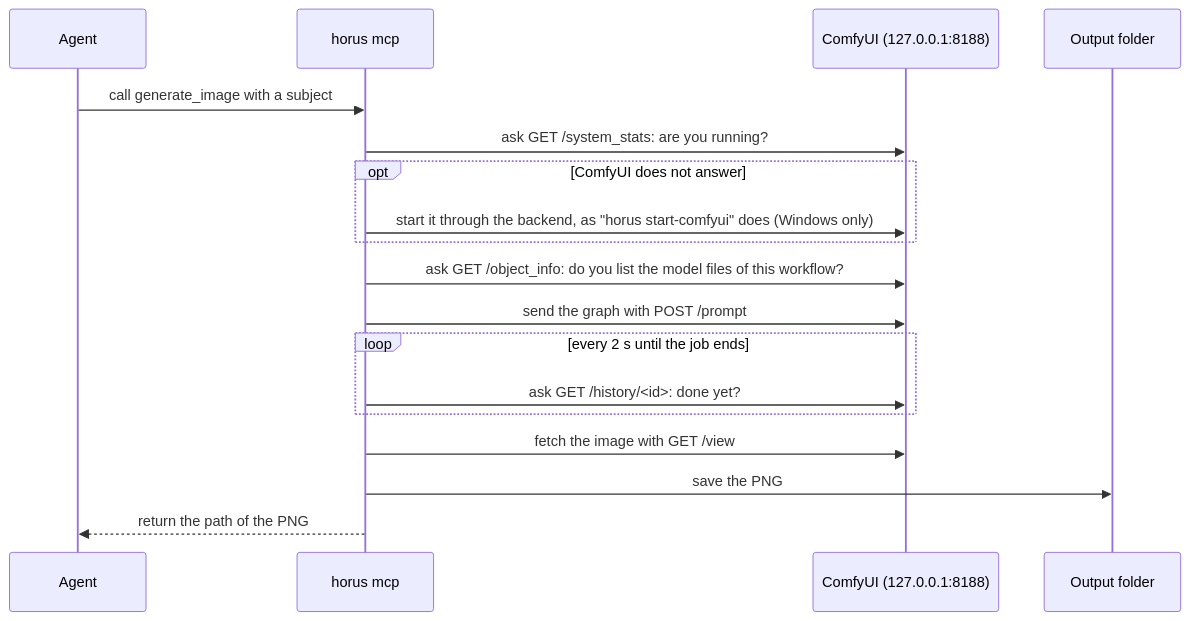
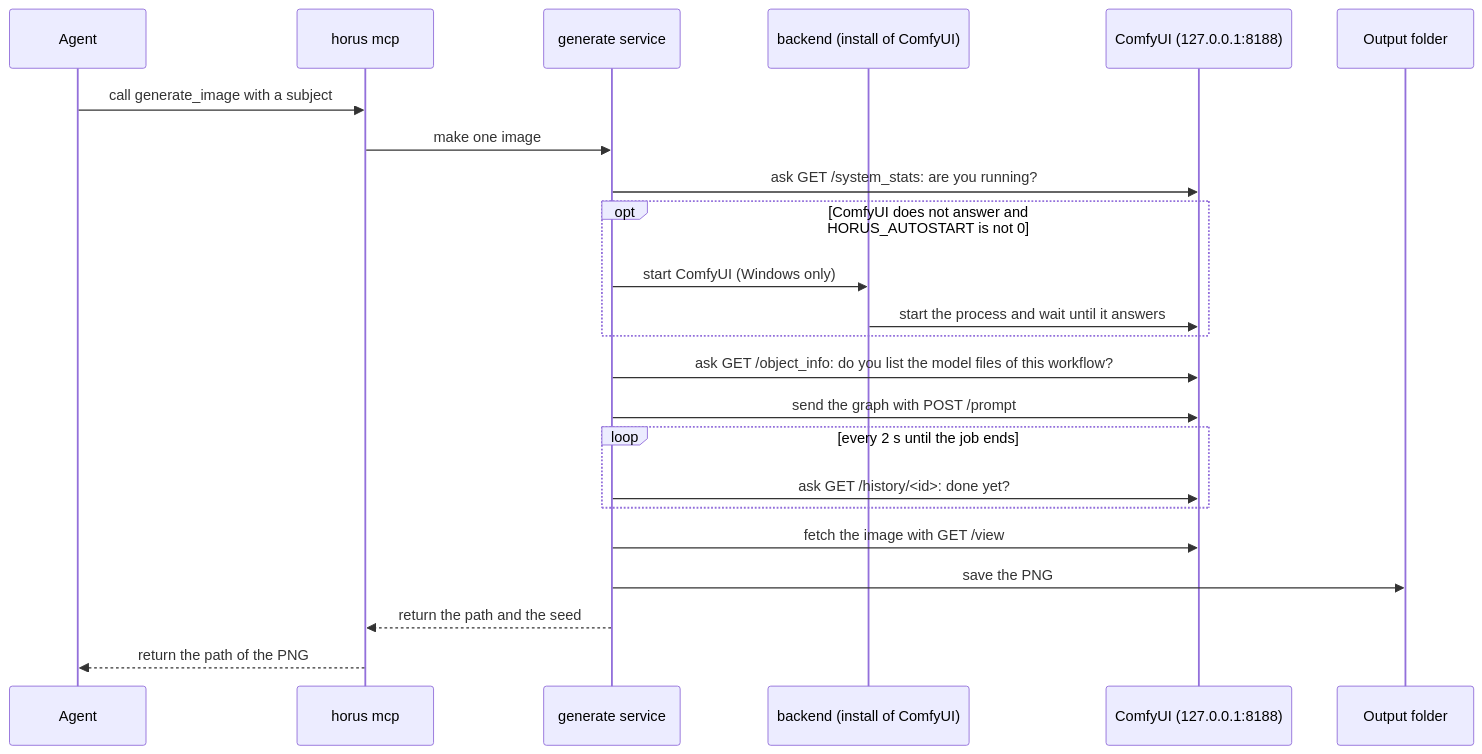
One commit to hieplam/horus changed the third of 3 diagrams in docs/mcp.md. Above: the diagram before and after it, drawn with Mermaid. The commit also changed other lines of this file and 7 other files, not shown here.

````diff
--- a/docs/mcp.md
+++ b/docs/mcp.md
@@ -64,20 +83,25 @@
 ```mermaid
 sequenceDiagram
   participant A as Agent
   participant S as horus mcp
+  participant G as generate service
+  participant B as backend (install of ComfyUI)
   participant C as ComfyUI (127.0.0.1:8188)
   participant F as Output folder
   A->>S: call generate_image with a subject
-  S->>C: ask GET /system_stats: are you running?
-  opt ComfyUI does not answer
-    S->>C: start it through the backend, as "horus start-comfyui" does (Windows only)
+  S->>G: make one image
+  G->>C: ask GET /system_stats: are you running?
+  opt ComfyUI does not answer and HORUS_AUTOSTART is not 0
+    G->>B: start ComfyUI (Windows only)
+    B->>C: start the process and wait until it answers
   end
-  S->>C: ask GET /object_info: do you list the model files of this workflow?
-  S->>C: send the graph with POST /prompt
+  G->>C: ask GET /object_info: do you list the model files of this workflow?
+  G->>C: send the graph with POST /prompt
   loop every 2 s until the job ends
-    S->>C: ask GET /history/<id>: done yet?
+    G->>C: ask GET /history/<id>: done yet?
   end
-  S->>C: fetch the image with GET /view
-  S->>F: save the PNG
+  G->>C: fetch the image with GET /view
+  G->>F: save the PNG
+  G-->>S: return the path and the seed
   S-->>A: return the path of the PNG
 ```
````
